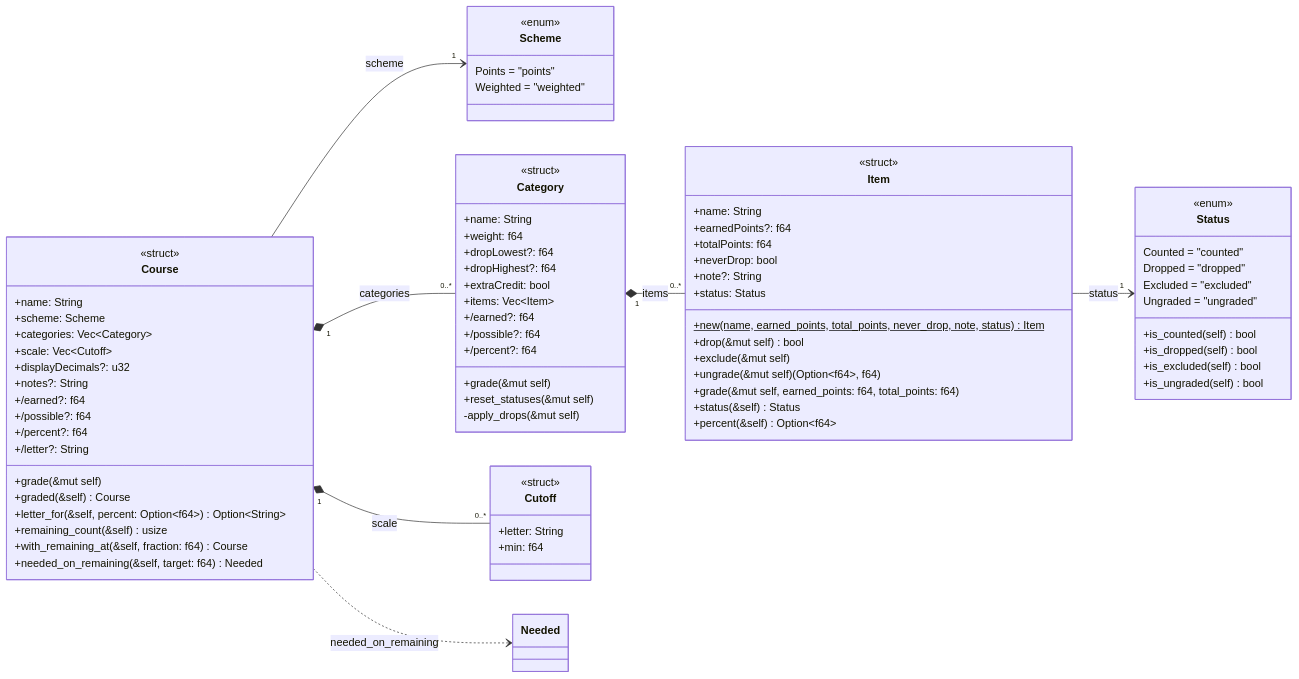
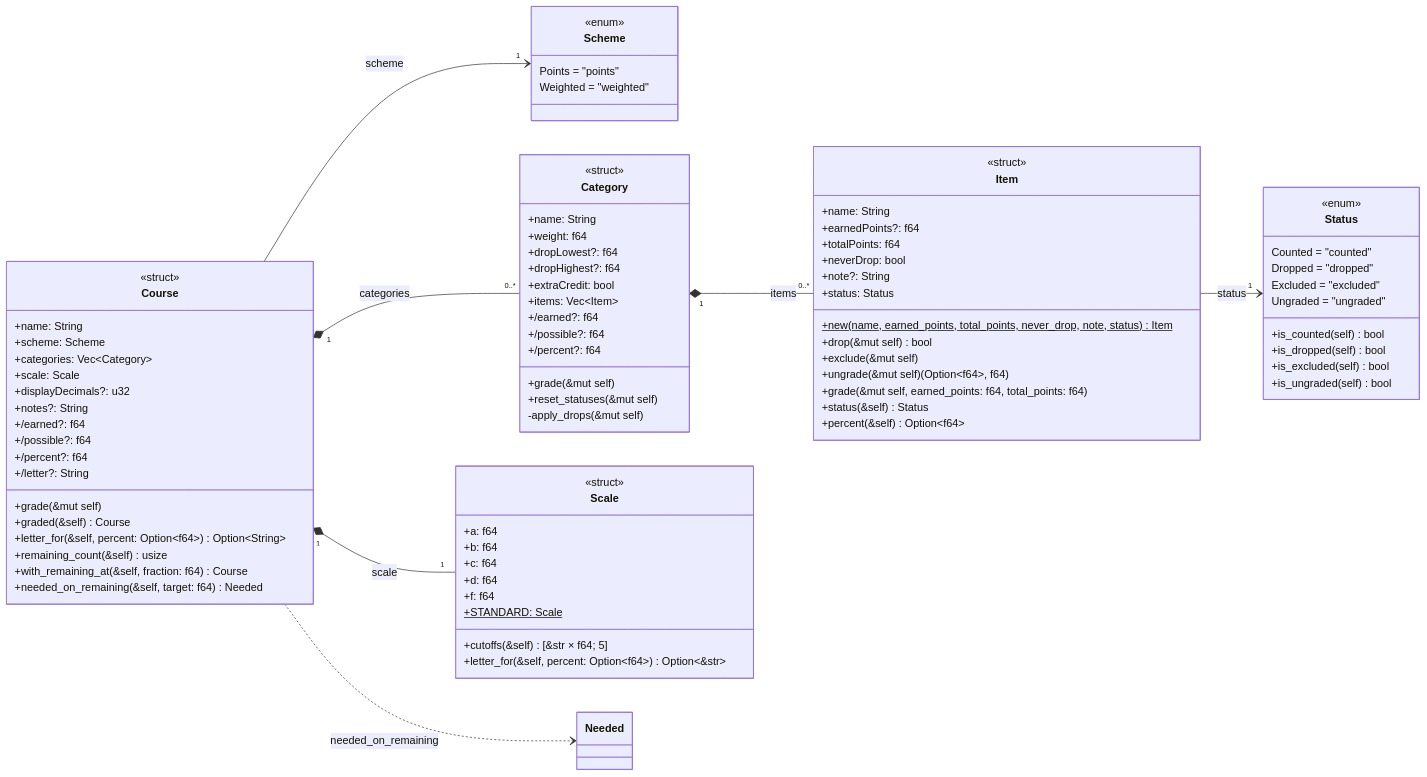
One commit to Patman1O1/grade-calculator changed the second of 9 diagrams in docs/uml.md. Above: the diagram before and after it, drawn with Mermaid. The commit also changed other lines of this file and 12 other files, not shown here.

First line of the commit message:
Replace Cutoff with a fixed Scale { a, b, c, d, f }

```diff
--- a/docs/uml.md
+++ b/docs/uml.md
@@ -84,7 +89,7 @@
     +name: String
     +scheme: Scheme
     +categories: Vec~Category~
-    +scale: Vec~Cutoff~
+    +scale: Scale
     +displayDecimals?: u32
     +notes?: String
     +/earned?: f64
@@ -129,10 +134,16 @@
     +status(&self) Status
     +percent(&self) Option~f64~
   }
-  class Cutoff {
+  class Scale {
     <<struct>>
-    +letter: String
-    +min: f64
+    +a: f64
+    +b: f64
+    +c: f64
+    +d: f64
+    +f: f64
+    +STANDARD: Scale$
+    +cutoffs(&self) [&str × f64; 5]
+    +letter_for(&self, percent: Option~f64~) Option~&str~
   }
   class Status {
     <<enum>>
@@ -147,7 +158,7 @@
   }
   Course "1" *-- "0..*" Category : categories
   Category "1" *-- "0..*" Item : items
-  Course "1" *-- "0..*" Cutoff : scale
+  Course "1" *-- "1" Scale : scale
   Course --> "1" Scheme : scheme
   Item --> "1" Status : status
   Course ..> Needed : needed_on_remaining
```
